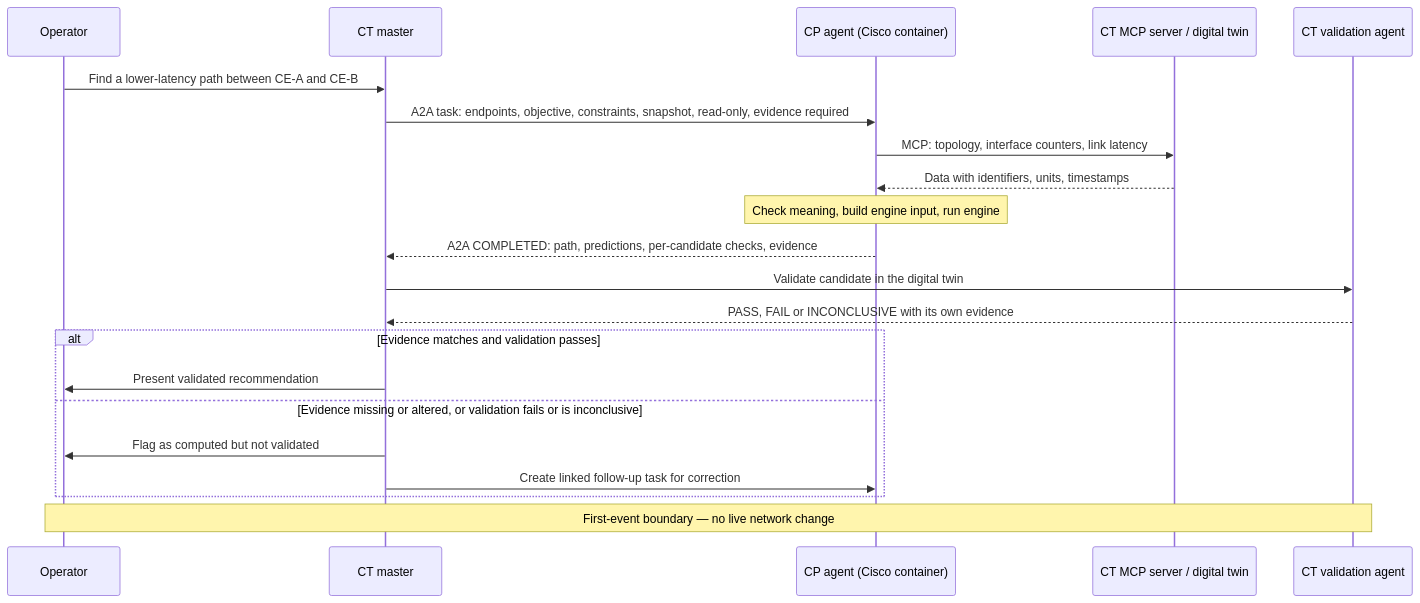
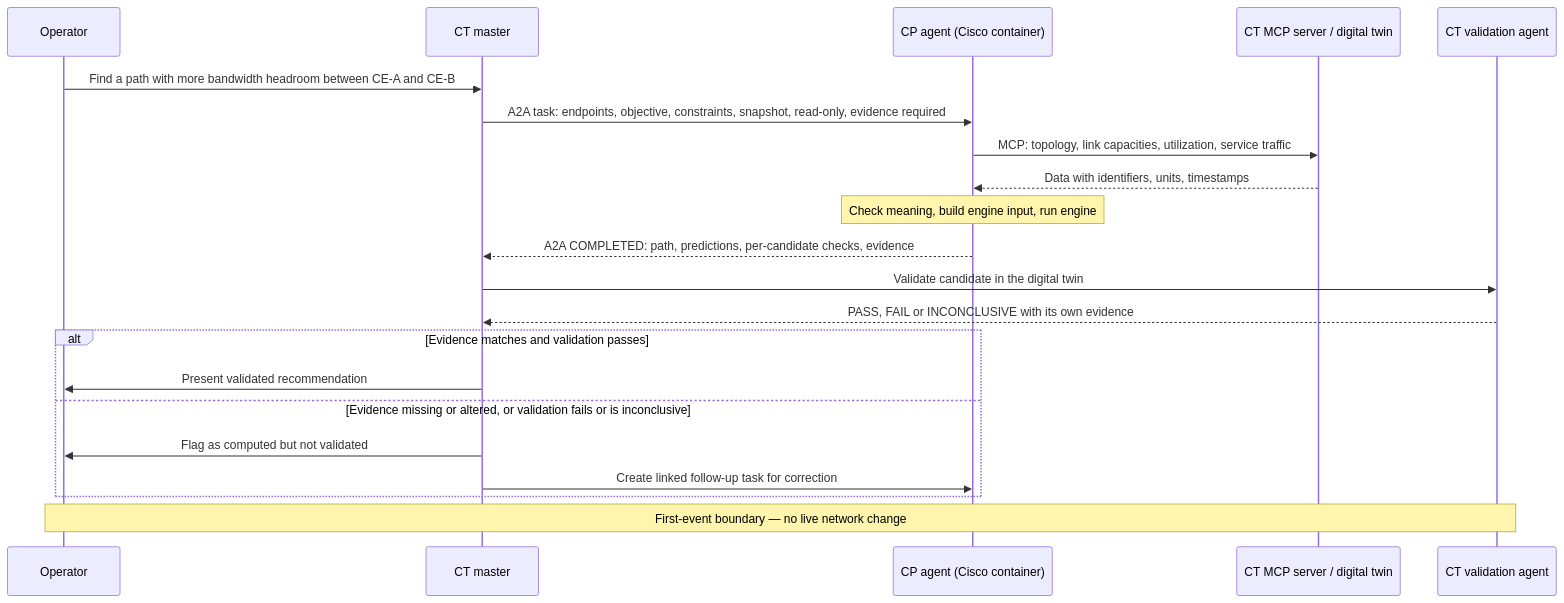
Before and after one commit to dan-voyer/IETF-Hackathon: the diagram in AINETOPS-IETF127-Hackathon.md, drawn with Mermaid. The commit also changed other lines of this file, not shown here.

Commit message:
Switch hackathon scenario to bandwidth-aware path planning

````diff
--- a/AINETOPS-IETF127-Hackathon.md
+++ b/AINETOPS-IETF127-Hackathon.md
@@ -75,23 +84,23 @@
 ```mermaid
 sequenceDiagram
     participant O as Operator
     participant M as CT master
     participant P as CP agent (Cisco container)
     participant S as CT MCP server / digital twin
     participant V as CT validation agent
-    O->>M: Find a lower-latency path between CE-A and CE-B
+    O->>M: Find a path with more bandwidth headroom between CE-A and CE-B
     M->>P: A2A task: endpoints, objective, constraints, snapshot, read-only, evidence required
-    P->>S: MCP: topology, interface counters, link latency
+    P->>S: MCP: topology, link capacities, utilization, service traffic
     S-->>P: Data with identifiers, units, timestamps
     Note over P: Check meaning, build engine input, run engine
     P-->>M: A2A COMPLETED: path, predictions, per-candidate checks, evidence
     M->>V: Validate candidate in the digital twin
     V-->>M: PASS, FAIL or INCONCLUSIVE with its own evidence
     alt Evidence matches and validation passes
         M->>O: Present validated recommendation
     else Evidence missing or altered, or validation fails or is inconclusive
         M->>O: Flag as computed but not validated
         M->>P: Create linked follow-up task for correction
     end
     Note over O,V: First-event boundary — no live network change
 ```
````
